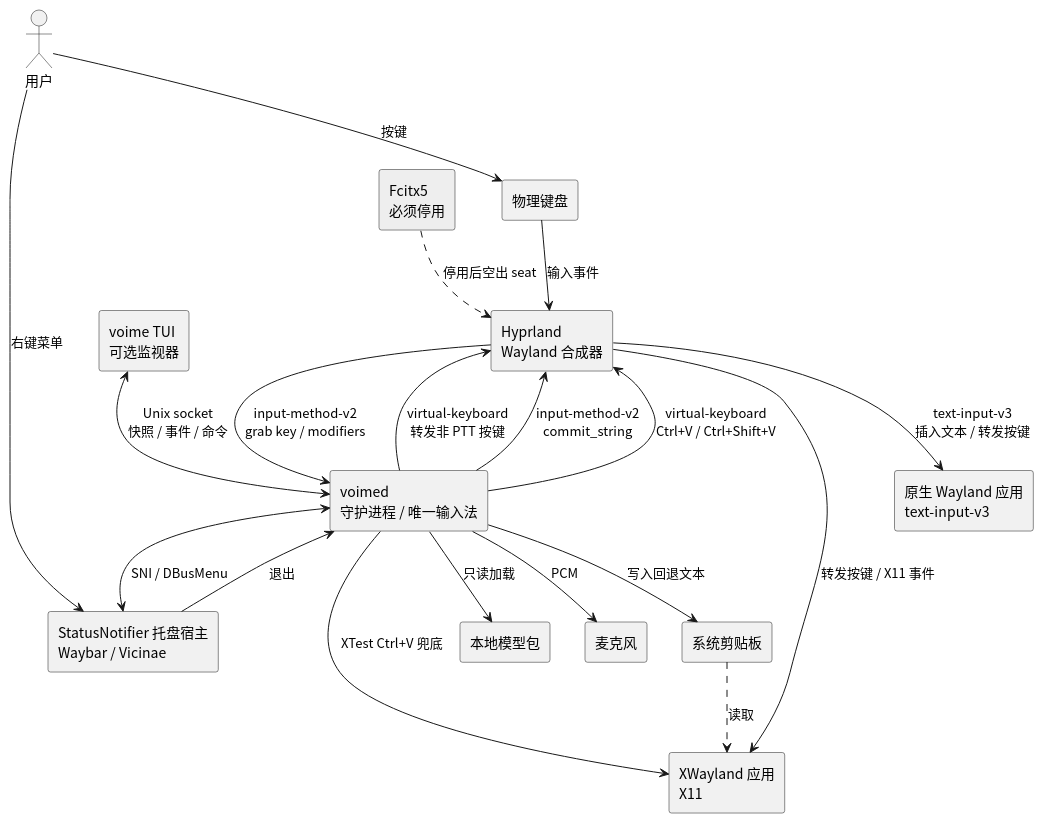
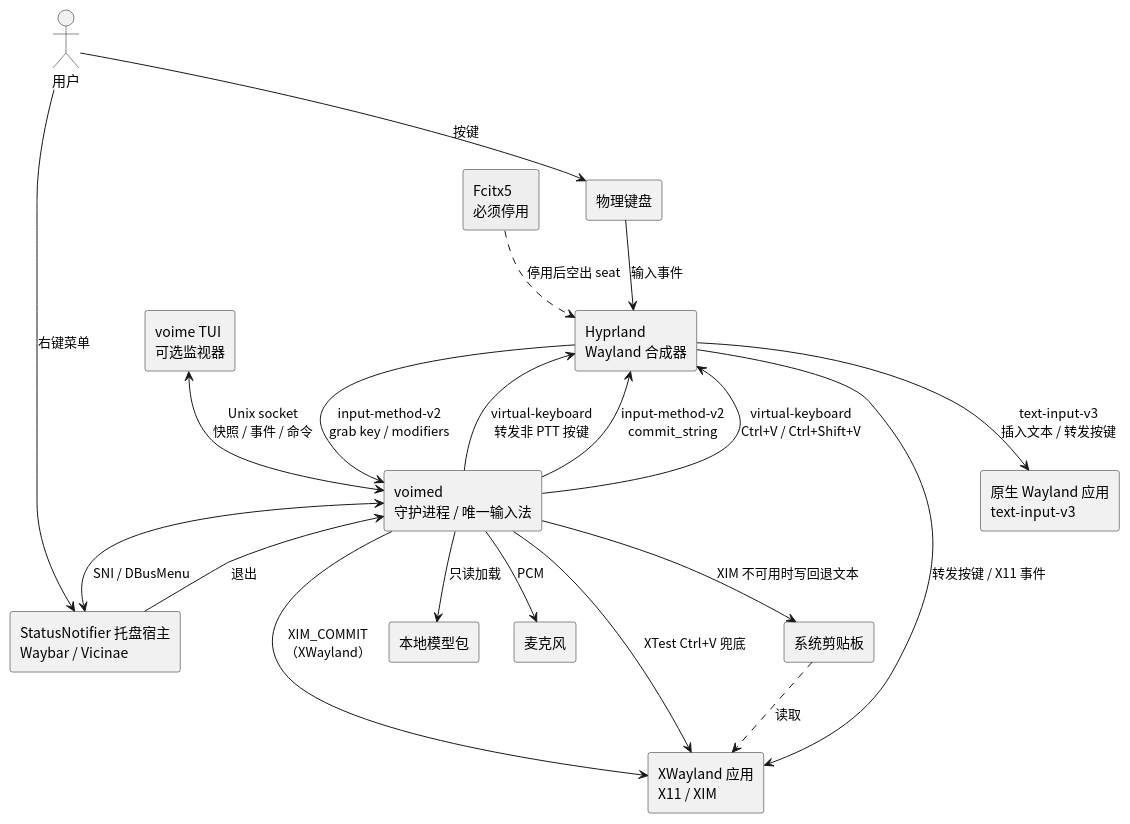
Before and after one commit to 54m43lJ/voime: the diagram in diagram/proposal-architecture.puml, drawn with PlantUML. The commit also changed 31 other files, not shown here.

Commit message:
docs: XWayland 改走 XIM，剪贴板仅作兜底

```diff
--- a/diagram/proposal-architecture.puml
+++ b/diagram/proposal-architecture.puml
@@ -1,38 +1,39 @@
 @startuml
 skinparam defaultFontName "Noto Sans CJK SC"
 skinparam shadowing false
 skinparam componentStyle rectangle
 top to bottom direction
 
 actor "用户" as User
 component "物理键盘" as Keyboard
 component "Hyprland\nWayland 合成器" as Hyprland
 component "原生 Wayland 应用\ntext-input-v3" as WaylandApp
-component "XWayland 应用\nX11" as XApp
+component "XWayland 应用\nX11 / XIM" as XApp
 component "voimed\n守护进程 / 唯一输入法" as Daemon
 component "voime TUI\n可选监视器" as Tui
 component "StatusNotifier 托盘宿主\nWaybar / Vicinae" as Tray
 component "本地模型包" as Models
 component "麦克风" as Mic
 component "系统剪贴板" as Clip
 component "Fcitx5\n必须停用" as Fcitx #EEEEEE
 
 User --> Keyboard : 按键
 Keyboard --> Hyprland : 输入事件
 Hyprland --> Daemon : input-method-v2\ngrab key / modifiers
 Daemon --> Hyprland : virtual-keyboard\n转发非 PTT 按键
 Daemon --> Hyprland : input-method-v2\ncommit_string
 Hyprland --> WaylandApp : text-input-v3\n插入文本 / 转发按键
 Hyprland --> XApp : 转发按键 / X11 事件
+Daemon --> XApp : XIM_COMMIT\n（XWayland）
 Daemon --> Hyprland : virtual-keyboard\nCtrl+V / Ctrl+Shift+V
-Daemon --> Clip : 写入回退文本
+Daemon --> Clip : XIM 不可用时写回退文本
 Daemon --> XApp : XTest Ctrl+V 兜底
 Clip ..> XApp : 读取
 Daemon --> Mic : PCM
 Daemon --> Models : 只读加载
 Tui <--> Daemon : Unix socket\n快照 / 事件 / 命令
 Daemon <--> Tray : SNI / DBusMenu
 User --> Tray : 右键菜单
 Tray --> Daemon : 退出
 Fcitx ..> Hyprland : 停用后空出 seat
 @enduml
```
